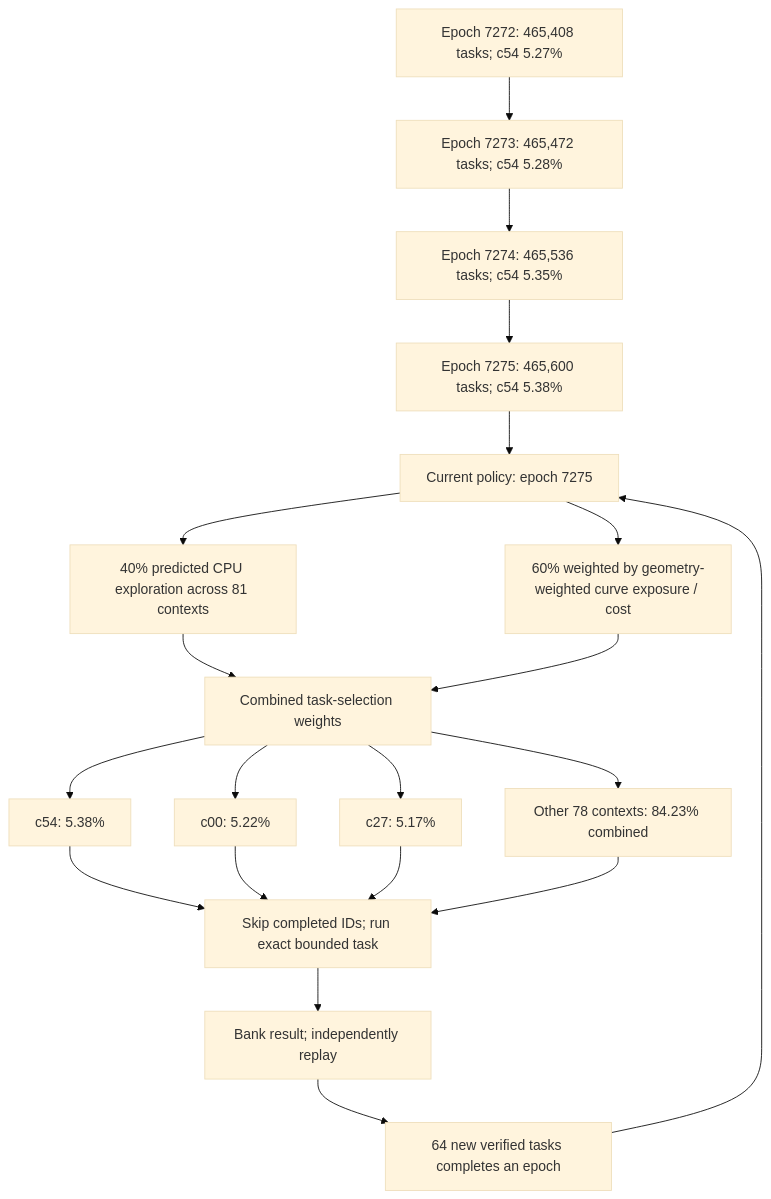
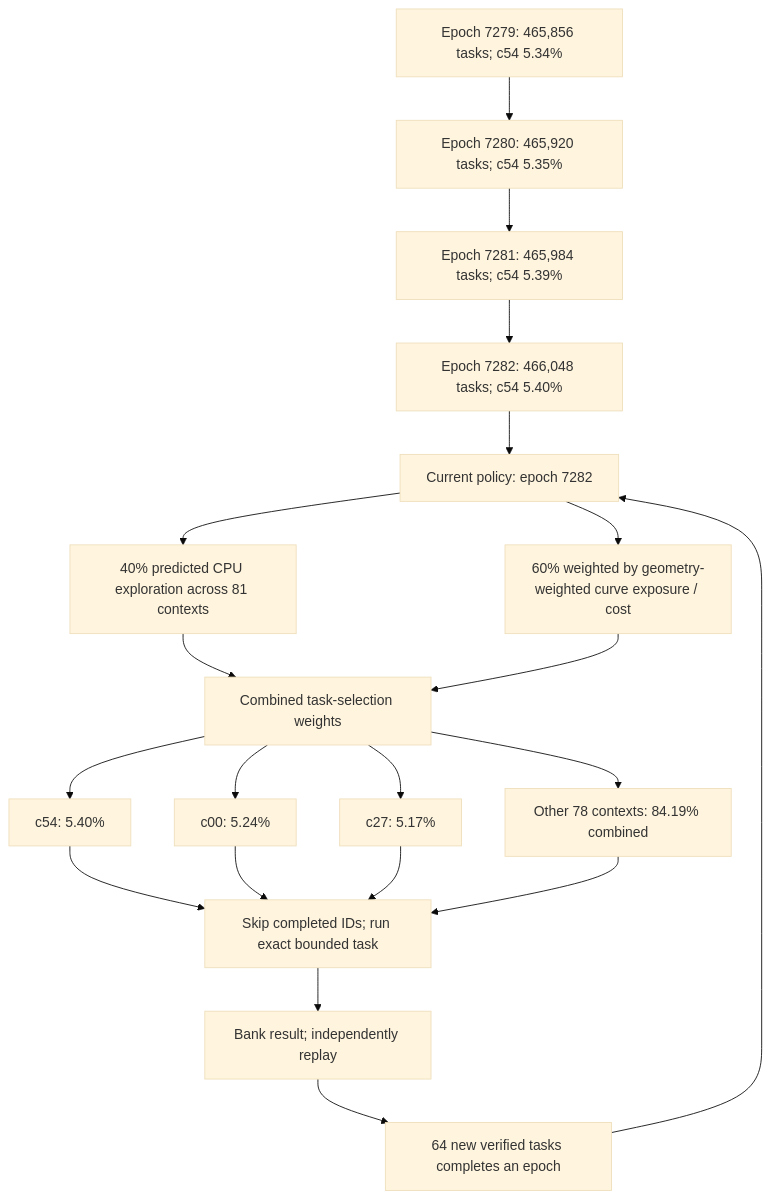
Before and after one commit to Kuberwastaken/math-gambling: the first of 4 diagrams in README.md, drawn with Mermaid (base theme). The commit also changed other lines of this file and 1523 other files, not shown here.

````diff
--- a/README.md
+++ b/README.md
@@ -60,27 +60,27 @@
 ```mermaid
 flowchart TD
-    H0["Epoch 7272: 465,408 tasks; c54 5.27%"]
-    H1["Epoch 7273: 465,472 tasks; c54 5.28%"]
+    H0["Epoch 7279: 465,856 tasks; c54 5.34%"]
+    H1["Epoch 7280: 465,920 tasks; c54 5.35%"]
     H0 --> H1
-    H2["Epoch 7274: 465,536 tasks; c54 5.35%"]
+    H2["Epoch 7281: 465,984 tasks; c54 5.39%"]
     H1 --> H2
-    H3["Epoch 7275: 465,600 tasks; c54 5.38%"]
+    H3["Epoch 7282: 466,048 tasks; c54 5.40%"]
     H2 --> H3
-    Policy["Current policy: epoch 7275"]
+    Policy["Current policy: epoch 7282"]
     H3 --> Policy
     Policy --> Explore["40% predicted CPU exploration across 81 contexts"]
     Policy --> Cost["60% weighted by geometry-weighted curve exposure / cost"]
     Explore --> Mix["Combined task-selection weights"]
     Cost --> Mix
-    Mix --> C0["c54: 5.38%"]
-    Mix --> C1["c00: 5.22%"]
+    Mix --> C0["c54: 5.40%"]
+    Mix --> C1["c00: 5.24%"]
     Mix --> C2["c27: 5.17%"]
-    Mix --> Rest["Other 78 contexts: 84.23% combined"]
+    Mix --> Rest["Other 78 contexts: 84.19% combined"]
     C0 --> Check["Skip completed IDs; run exact bounded task"]
     C1 --> Check
     C2 --> Check
     Rest --> Check
     Check --> Replay["Bank result; independently replay"]
     Replay --> Gate["64 new verified tasks completes an epoch"]
     Gate --> Policy
 ```
````
